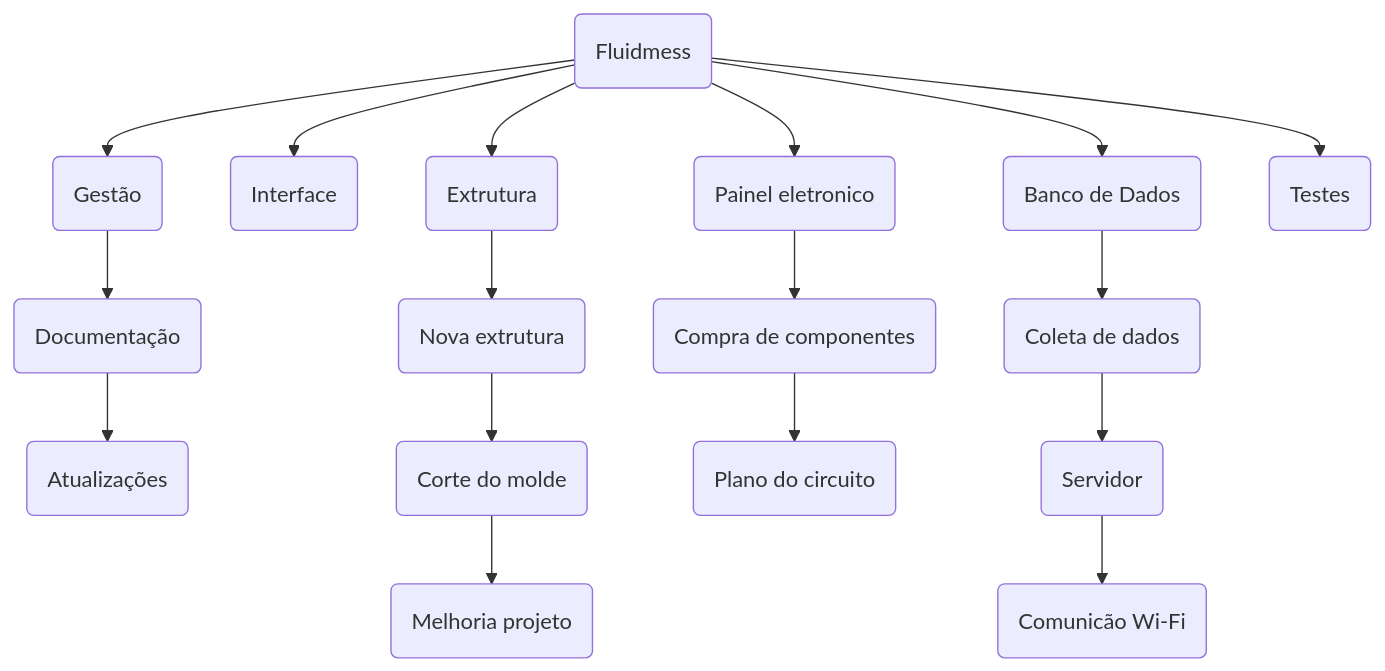
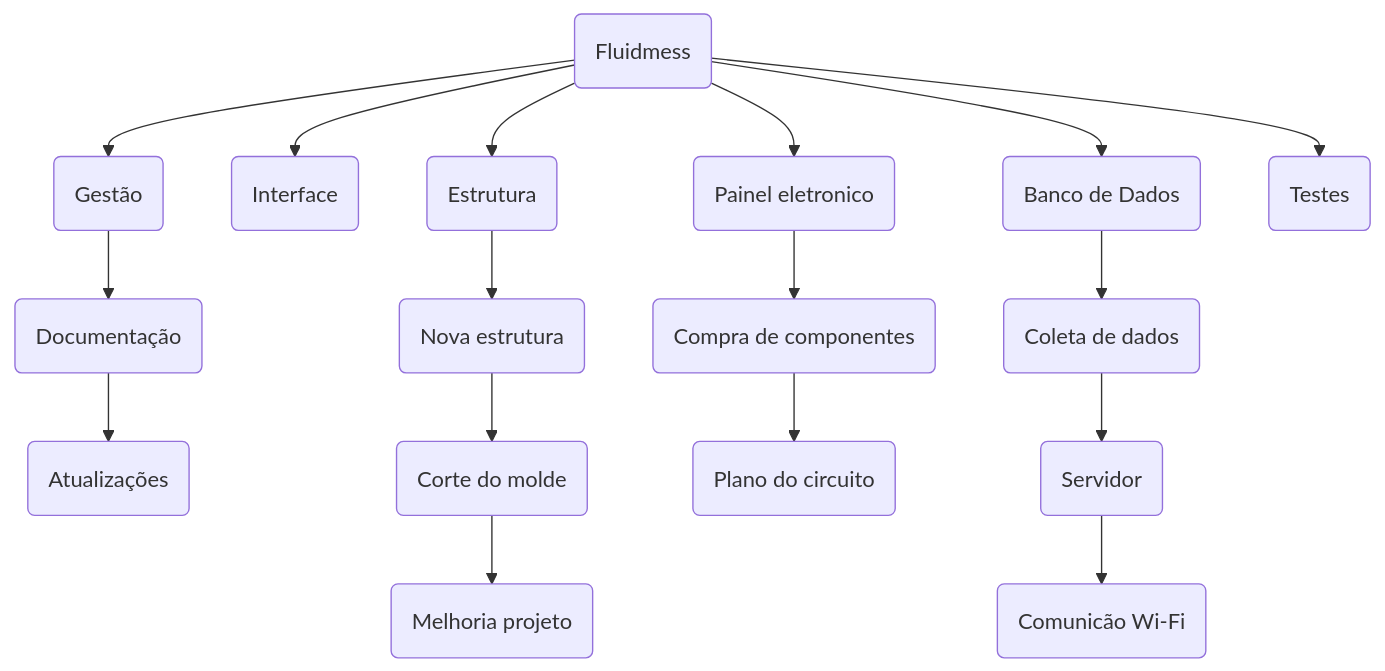
One commit to marcilioc/fluidmess changed the diagram in gestao/04_EAP.md. Above: the diagram before and after it, drawn with Mermaid.

Commit message:
correção ortografica (EAP_mod1)

```diff
--- a/gestao/04_EAP.md
+++ b/gestao/04_EAP.md
@@ -1,47 +1,47 @@
 ::: mermaid
 graph TD;
     A(Fluidmess)
 
     B(Gestão)
     B1(Documentação)
     B2(Atualizações)
 
     C(Interface)
     
-    D(Extrutura)
-    D1(Nova extrutura)
+    D(Estrutura)
+    D1(Nova estrutura)
     D2(Corte do molde)
     D3(Melhoria projeto)
 
     E(Painel eletronico)
     E1(Compra de componentes)
     E2(Plano do circuito)
 
     F(Banco de Dados)
     F1(Coleta de dados)
     F2(Servidor)
     F3(Comunicão Wi-Fi)
 
     G(Testes)
 
     A-->B
     A-->C
     A-->D
     A-->E
     A-->F
     A-->G
 
     B --> B1
     B1 --> B2
 
     D--> D1
     D1 --> D2
     D2--> D3
 
     E--> E1
     E1--> E2
     
     F--> F1
     F1--> F2
     F2 --> F3
 :::
```
